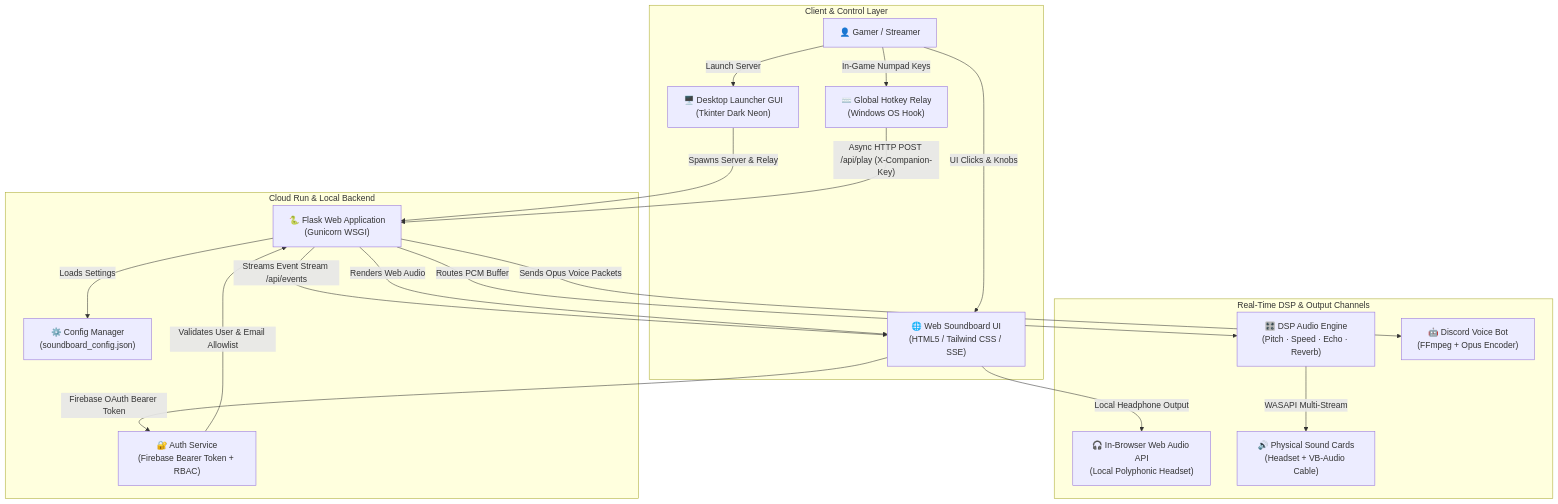
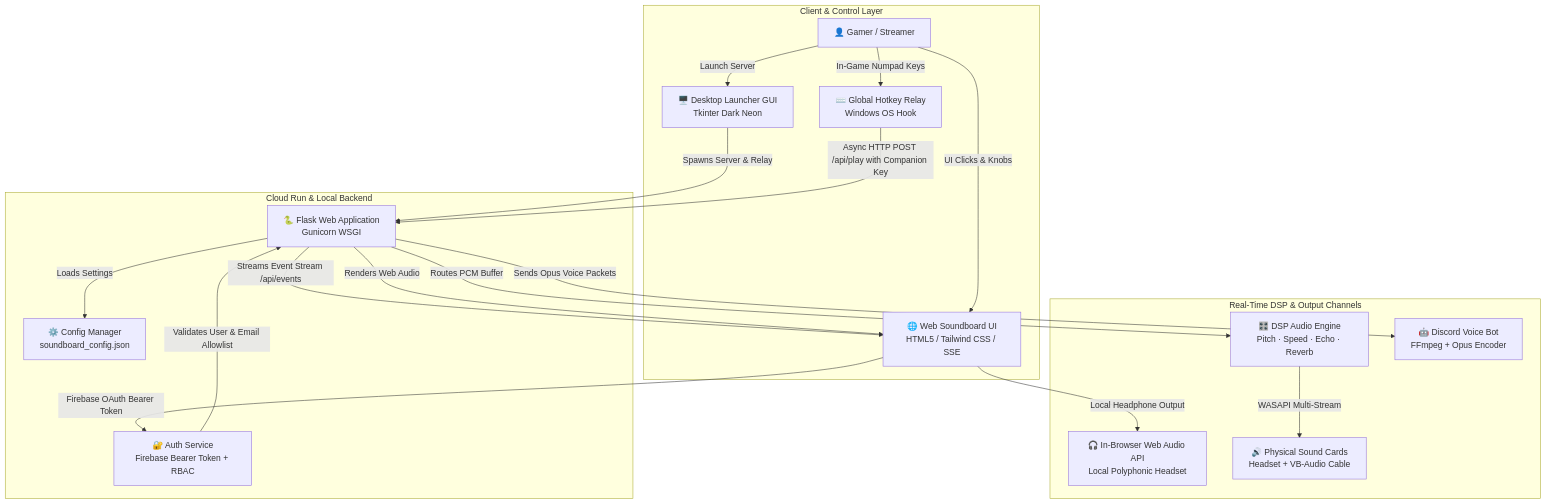
One commit to SinaDadvand/soundboard_app changed the first of 2 diagrams in README.md. Above: the diagram before and after it, drawn with Mermaid. The commit also changed other lines of this file and 1 other file, not shown here.

Commit message:
docs: fix Mermaid diagram syntax for GitHub rendering
- Remove parentheses from node definitions in Mermaid flowcharts
- Rephrase edge text to avoid special character parsing conflicts
- Ensure full compatibility with GitHub's Mermaid Markdown parser

````diff
--- a/README.md
+++ b/README.md
@@ -57,40 +57,40 @@
 ```mermaid
 flowchart TB
     subgraph ClientLayer ["Client & Control Layer"]
         User["👤 Gamer / Streamer"]
-        DesktopLauncher["🖥️ Desktop Launcher GUI<br/>(Tkinter Dark Neon)"]
-        HotkeyRelay["⌨️ Global Hotkey Relay<br/>(Windows OS Hook)"]
-        BrowserUI["🌐 Web Soundboard UI<br/>(HTML5 / Tailwind CSS / SSE)"]
+        DesktopLauncher["🖥️ Desktop Launcher GUI<br/>Tkinter Dark Neon"]
+        HotkeyRelay["⌨️ Global Hotkey Relay<br/>Windows OS Hook"]
+        BrowserUI["🌐 Web Soundboard UI<br/>HTML5 / Tailwind CSS / SSE"]
     end
 
     subgraph ServerLayer ["Cloud Run & Local Backend"]
-        FlaskServer["🐍 Flask Web Application<br/>(Gunicorn WSGI)"]
-        ConfigMgr["⚙️ Config Manager<br/>(soundboard_config.json)"]
-        AuthService["🔐 Auth Service<br/>(Firebase Bearer Token + RBAC)"]
+        FlaskServer["🐍 Flask Web Application<br/>Gunicorn WSGI"]
+        ConfigMgr["⚙️ Config Manager<br/>soundboard_config.json"]
+        AuthService["🔐 Auth Service<br/>Firebase Bearer Token + RBAC"]
     end
 
     subgraph AudioEngineLayer ["Real-Time DSP & Output Channels"]
-        DSPEngine["🎛️ DSP Audio Engine<br/>(Pitch · Speed · Echo · Reverb)"]
-        WebAudio["🎧 In-Browser Web Audio API<br/>(Local Polyphonic Headset)"]
-        DiscordBot["🤖 Discord Voice Bot<br/>(FFmpeg + Opus Encoder)"]
-        HardwareDevices["🔊 Physical Sound Cards<br/>(Headset + VB-Audio Cable)"]
+        DSPEngine["🎛️ DSP Audio Engine<br/>Pitch · Speed · Echo · Reverb"]
+        WebAudio["🎧 In-Browser Web Audio API<br/>Local Polyphonic Headset"]
+        DiscordBot["🤖 Discord Voice Bot<br/>FFmpeg + Opus Encoder"]
+        HardwareDevices["🔊 Physical Sound Cards<br/>Headset + VB-Audio Cable"]
     end
 
     User -->|"In-Game Numpad Keys"| HotkeyRelay
     User -->|"UI Clicks & Knobs"| BrowserUI
     User -->|"Launch Server"| DesktopLauncher
 
     DesktopLauncher -->|"Spawns Server & Relay"| FlaskServer
-    HotkeyRelay -->|"Async HTTP POST /api/play (X-Companion-Key)"| FlaskServer
+    HotkeyRelay -->|"Async HTTP POST /api/play with Companion Key"| FlaskServer
     BrowserUI -->|"Firebase OAuth Bearer Token"| AuthService
     AuthService -->|"Validates User & Email Allowlist"| FlaskServer
 
     FlaskServer -->|"Loads Settings"| ConfigMgr
     FlaskServer -->|"Streams Event Stream /api/events"| BrowserUI
     FlaskServer -->|"Renders Web Audio"| BrowserUI
     BrowserUI -->|"Local Headphone Output"| WebAudio
     FlaskServer -->|"Routes PCM Buffer"| DSPEngine
 
     DSPEngine -->|"WASAPI Multi-Stream"| HardwareDevices
     FlaskServer -->|"Sends Opus Voice Packets"| DiscordBot
 ```
````
